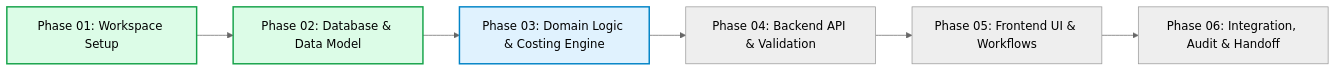
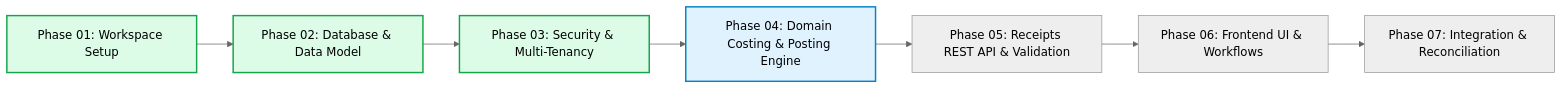
Before and after one commit to AhmedAlkasadi2003/project-erp: the diagram in docs/IMPLEMENTATION_PLAN.md, drawn with Mermaid (neutral theme). The commit also changed other lines of this file and 38 other files, not shown here.

Commit message:
feat(security): implement authentication, authorization, and multi-tenancy (Phase 03)

````diff
--- a/docs/IMPLEMENTATION_PLAN.md
+++ b/docs/IMPLEMENTATION_PLAN.md
@@ -9,12 +9,14 @@
 ```mermaid
 flowchart LR
   P1[Phase 01: Workspace Setup] --> P2[Phase 02: Database & Data Model]
-  P2 --> P3[Phase 03: Domain Logic & Costing Engine]
-  P3 --> P4[Phase 04: Backend API & Validation]
-  P4 --> P5[Phase 05: Frontend UI & Workflows]
-  P5 --> P6[Phase 06: Integration, Audit & Handoff]
+  P2 --> P3[Phase 03: Security & Multi-Tenancy]
+  P3 --> P4[Phase 04: Domain Costing & Posting Engine]
+  P4 --> P5[Phase 05: Receipts REST API & Validation]
+  P5 --> P6[Phase 06: Frontend UI & Workflows]
+  P6 --> P7[Phase 07: Integration & Reconciliation]
 
   style P1 fill:#dcfce7,stroke:#16a34a,stroke-width:2px
   style P2 fill:#dcfce7,stroke:#16a34a,stroke-width:2px
-  style P3 fill:#e0f2fe,stroke:#0284c7,stroke-width:2px
+  style P3 fill:#dcfce7,stroke:#16a34a,stroke-width:2px
+  style P4 fill:#e0f2fe,stroke:#0284c7,stroke-width:2px
 ```
````
